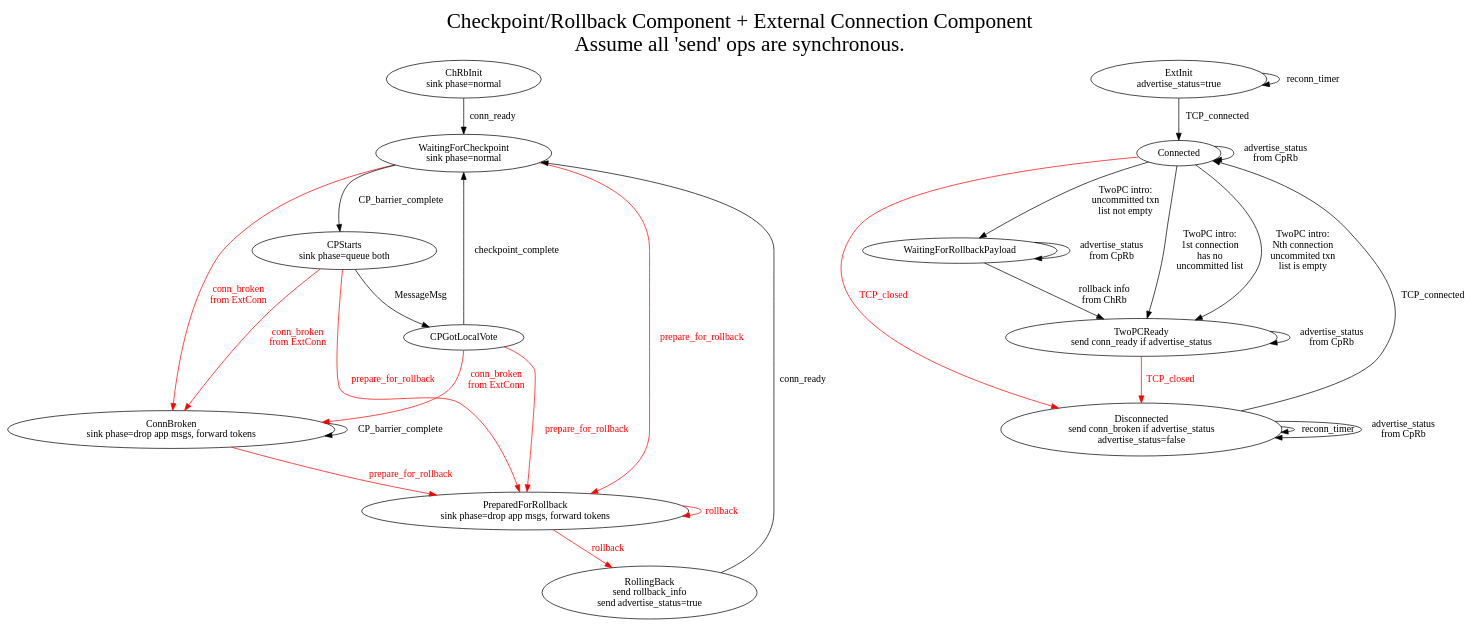
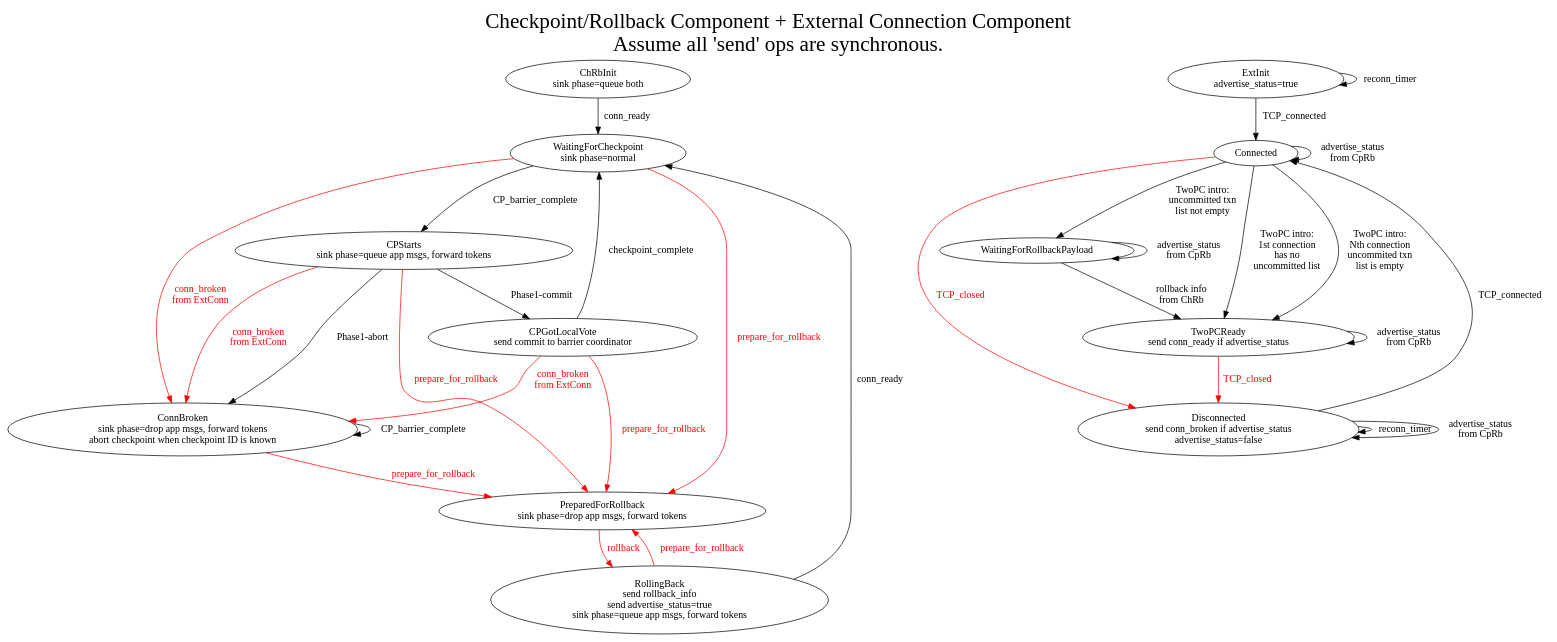
Before and after one commit to WallarooLabs/wally: the diagram in lib/wallaroo/core/sink/connector_sink/mashup.dot, drawn with Graphviz.

Commit message:
WIP: diagram

```diff
--- a/lib/wallaroo/core/sink/connector_sink/mashup.dot
+++ b/lib/wallaroo/core/sink/connector_sink/mashup.dot
@@ -1,75 +1,76 @@
 digraph mashup {
     graph [label="Checkpoint/Rollback Component + External Connection Component\nAssume all 'send' ops are synchronous.",labelloc=t,fontsize=30];
     subgraph AA {
 	graph [label="SUB Checkpoint/Rollback Component",labelloc=t,fontsize=20];
 
 	// Subgraphs
 	subgraph init {
-		ChRbInit [label="ChRbInit\nsink phase=normal"];
+		ChRbInit [label="ChRbInit\nsink phase=queue both"];
 	}
 	subgraph cp {
 		WaitingForCheckpoint [label="WaitingForCheckpoint\nsink phase=normal"];
-		ConnBroken [label="ConnBroken\nsink phase=drop app msgs, forward tokens"];
+		ConnBroken [label="ConnBroken\nsink phase=drop app msgs, forward tokens\nabort checkpoint when checkpoint ID is known"];
 	}
 	subgraph sacp {
-		CPStarts [label="CPStarts\nsink phase=queue both"];
-		CPGotLocalVote;
+		CPStarts [label="CPStarts\nsink phase=queue app msgs, forward tokens"];
+		CPGotLocalVote [label="CPGotLocalVote\nsend commit to barrier coordinator"];
 		// CPGotGlobalVote; // Can we remove this node?
 
-		CPStarts -> CPGotLocalVote [label=MessageMsg];
+		CPStarts -> CPGotLocalVote [label="Phase1-commit"];
+		CPStarts -> ConnBroken [label="Phase1-abort"];
 		CPGotLocalVote -> WaitingForCheckpoint [label=checkpoint_complete];
 		// CPGotLocalVote -> CPGotGlobalVote [label=checkpoint_complete];
 		// CPGotGlobalVote -> WaitingForCheckpoint [label=what_happens_here]; // Can we remove this node?
 	}
 	subgraph rollback {
 		PreparedForRollback [label="PreparedForRollback\nsink phase=drop app msgs, forward tokens"];
-		RollingBack [label="RollingBack\nsend rollback_info\nsend advertise_status=true"];
+		RollingBack [label="RollingBack\nsend rollback_info\nsend advertise_status=true\nsink phase=queue app msgs, forward tokens"];
 
 		PreparedForRollback -> RollingBack [label=rollback,fontcolor=red,color=red];
-		PreparedForRollback -> PreparedForRollback [label=rollback,fontcolor=red,color=red];
 	}
 
 	// Other Edges
 	ChRbInit -> WaitingForCheckpoint [label=conn_ready];
 
 	WaitingForCheckpoint -> CPStarts [label=CP_barrier_complete];
 	ConnBroken -> ConnBroken [label=CP_barrier_complete];
 
 	WaitingForCheckpoint -> PreparedForRollback [label=prepare_for_rollback,fontcolor=red,color=red];
 	ConnBroken -> PreparedForRollback [label=prepare_for_rollback,fontcolor=red,color=red];
 	CPStarts -> PreparedForRollback [label=prepare_for_rollback,fontcolor=red,color=red];
 	CPGotLocalVote -> PreparedForRollback [label=prepare_for_rollback,fontcolor=red,color=red];
 
 	WaitingForCheckpoint -> ConnBroken [label="conn_broken\nfrom ExtConn",fontcolor=red,color=red];
 	CPStarts -> ConnBroken [label="conn_broken\nfrom ExtConn",fontcolor=red,color=red];
 	CPGotLocalVote -> ConnBroken [label="conn_broken\nfrom ExtConn",fontcolor=red,color=red];
 
 	RollingBack -> WaitingForCheckpoint [label=conn_ready];
+	RollingBack -> PreparedForRollback [label=prepare_for_rollback,fontcolor=red,color=red];
      }
 
 	subgraph external {
             graph [label="External Connection Component",labelloc=t,fontsize=30];
 
         ExtInit [label="ExtInit\nadvertise_status=true"];
 	    ExtInit -> ExtInit [label=reconn_timer];
 	    ExtInit -> Connected [label=TCP_connected];
 	    Connected -> Disconnected [label=TCP_closed,fontcolor=red,color=red];
 	    Connected -> Connected [label="advertise_status\nfrom CpRb"];
 	    Disconnected [label="Disconnected\nsend conn_broken if advertise_status\nadvertise_status=false"];
 	    Disconnected -> Connected [label=TCP_connected];
 	    Disconnected -> Disconnected [label=reconn_timer];
 	    Disconnected -> Disconnected [label="advertise_status\nfrom CpRb"];
 	    Connected -> WaitingForRollbackPayload [label="TwoPC intro:\nuncommitted txn\nlist not empty"];
 	    Connected -> TwoPCReady [label="TwoPC intro:\n1st connection\nhas no\nuncommitted list"];
 	    Connected -> TwoPCReady [label="TwoPC intro:\nNth connection\nuncommited txn\nlist is empty"];
 	    WaitingForRollbackPayload -> TwoPCReady [label="rollback info\nfrom ChRb"];
 	    WaitingForRollbackPayload -> WaitingForRollbackPayload [label="advertise_status\nfrom CpRb"];
 
 	    TwoPCReady [label="TwoPCReady\nsend conn_ready if advertise_status"]
 	    TwoPCReady -> Disconnected [label=TCP_closed,fontcolor=red,color=red];
 	    TwoPCReady -> TwoPCReady [label="advertise_status\nfrom CpRb"]
         }
     ## Not supported by dot, booooo: Connected -> AA [label=conn_broken,style=dashed,fontcolor=red,color=red];
     {rank=same; ChRbInit; ExtInit; };
     ## {rank=same; Disconnected; RollingBack; ; };
 }
```
